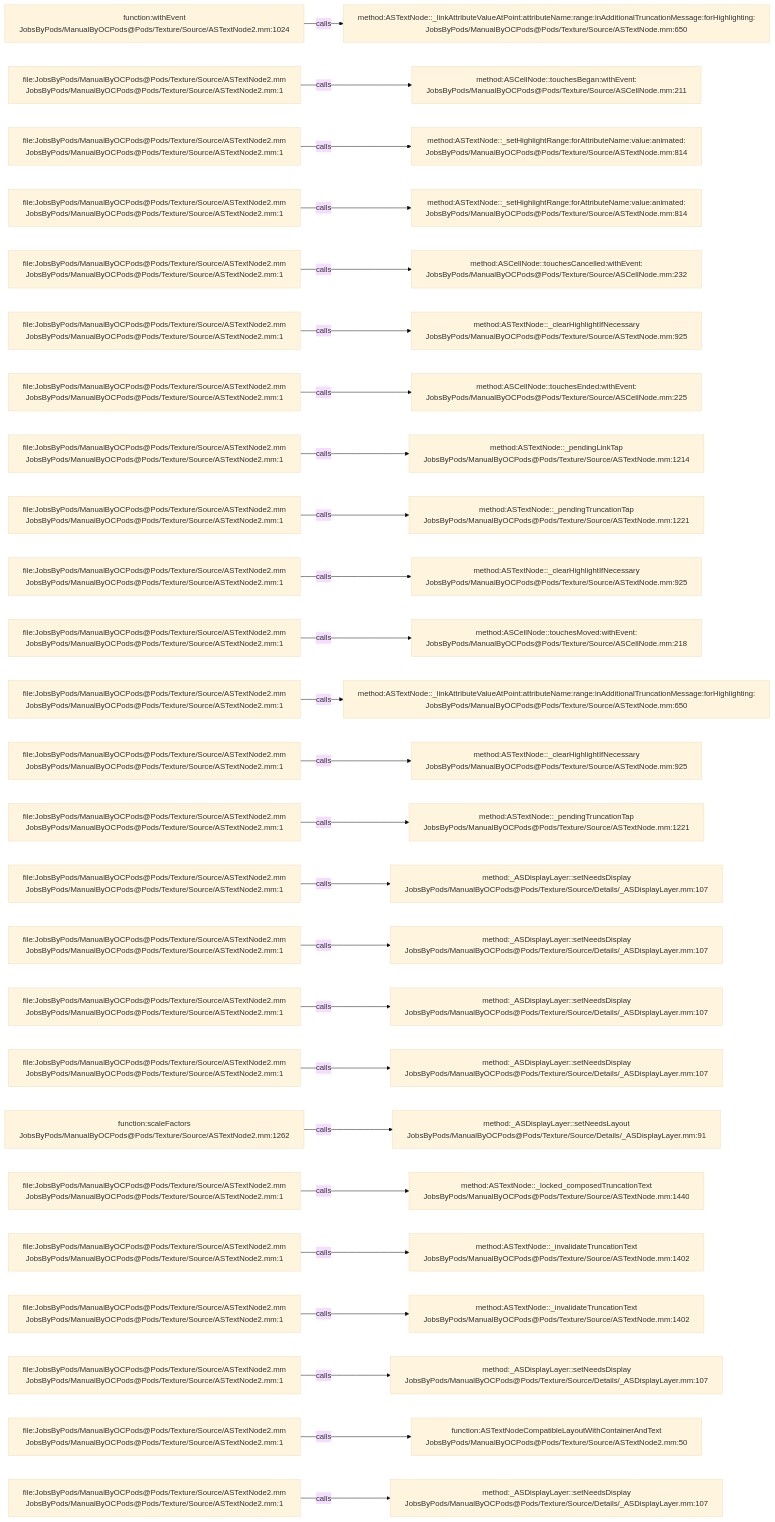
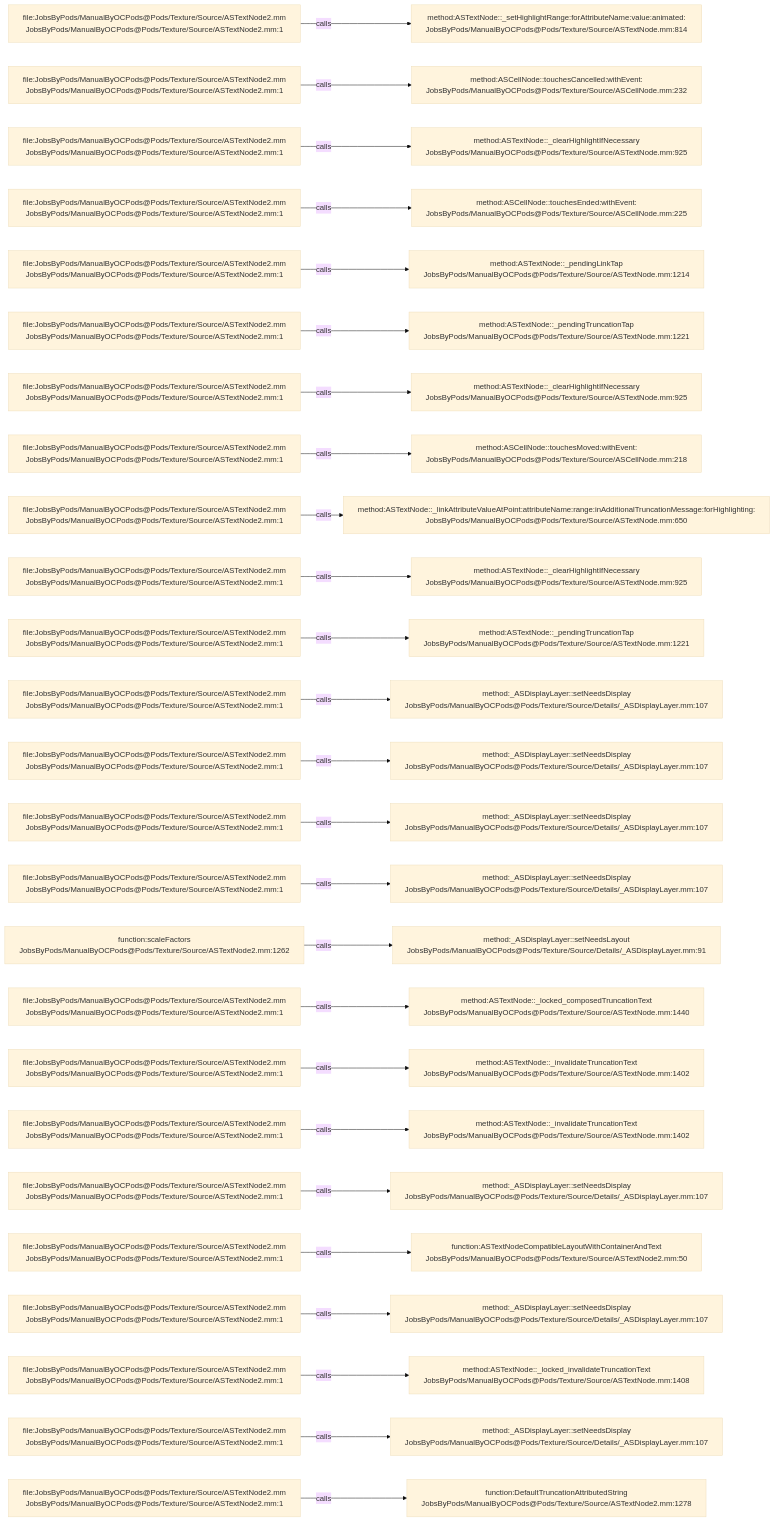
Before and after one commit to JobsKits/JobsOCBaseConfigDemo: the diagram in .codegraph/codegraph.md/graphs/calls-143.md, drawn with Mermaid (base theme). The commit also changed 342 other files, not shown here.

````diff
--- a/.codegraph/codegraph.md/graphs/calls-143.md
+++ b/.codegraph/codegraph.md/graphs/calls-143.md
@@ -13,78 +13,78 @@
 ```mermaid
 flowchart LR
-  S1["function:withEvent<br/>JobsByPods/ManualByOCPods@Pods/Texture/Source/ASTextNode2.mm:1024"]
-  T1["method:ASTextNode::_linkAttributeValueAtPoint:attributeName:range:inAdditionalTruncationMessage:forHighlighting:<br/>JobsByPods/ManualByOCPods@Pods/Texture/Source/ASTextNode.mm:650"]
+  S1["file:JobsByPods/ManualByOCPods@Pods/Texture/Source/ASTextNode2.mm<br/>JobsByPods/ManualByOCPods@Pods/Texture/Source/ASTextNode2.mm:1"]
+  T1["method:ASTextNode::_setHighlightRange:forAttributeName:value:animated:<br/>JobsByPods/ManualByOCPods@Pods/Texture/Source/ASTextNode.mm:814"]
   S1 -->|calls| T1
   S2["file:JobsByPods/ManualByOCPods@Pods/Texture/Source/ASTextNode2.mm<br/>JobsByPods/ManualByOCPods@Pods/Texture/Source/ASTextNode2.mm:1"]
-  T2["method:ASCellNode::touchesBegan:withEvent:<br/>JobsByPods/ManualByOCPods@Pods/Texture/Source/ASCellNode.mm:211"]
+  T2["method:ASCellNode::touchesCancelled:withEvent:<br/>JobsByPods/ManualByOCPods@Pods/Texture/Source/ASCellNode.mm:232"]
   S2 -->|calls| T2
   S3["file:JobsByPods/ManualByOCPods@Pods/Texture/Source/ASTextNode2.mm<br/>JobsByPods/ManualByOCPods@Pods/Texture/Source/ASTextNode2.mm:1"]
-  T3["method:ASTextNode::_setHighlightRange:forAttributeName:value:animated:<br/>JobsByPods/ManualByOCPods@Pods/Texture/Source/ASTextNode.mm:814"]
+  T3["method:ASTextNode::_clearHighlightIfNecessary<br/>JobsByPods/ManualByOCPods@Pods/Texture/Source/ASTextNode.mm:925"]
   S3 -->|calls| T3
   S4["file:JobsByPods/ManualByOCPods@Pods/Texture/Source/ASTextNode2.mm<br/>JobsByPods/ManualByOCPods@Pods/Texture/Source/ASTextNode2.mm:1"]
-  T4["method:ASTextNode::_setHighlightRange:forAttributeName:value:animated:<br/>JobsByPods/ManualByOCPods@Pods/Texture/Source/ASTextNode.mm:814"]
+  T4["method:ASCellNode::touchesEnded:withEvent:<br/>JobsByPods/ManualByOCPods@Pods/Texture/Source/ASCellNode.mm:225"]
   S4 -->|calls| T4
   S5["file:JobsByPods/ManualByOCPods@Pods/Texture/Source/ASTextNode2.mm<br/>JobsByPods/ManualByOCPods@Pods/Texture/Source/ASTextNode2.mm:1"]
-  T5["method:ASCellNode::touchesCancelled:withEvent:<br/>JobsByPods/ManualByOCPods@Pods/Texture/Source/ASCellNode.mm:232"]
+  T5["method:ASTextNode::_pendingLinkTap<br/>JobsByPods/ManualByOCPods@Pods/Texture/Source/ASTextNode.mm:1214"]
   S5 -->|calls| T5
   S6["file:JobsByPods/ManualByOCPods@Pods/Texture/Source/ASTextNode2.mm<br/>JobsByPods/ManualByOCPods@Pods/Texture/Source/ASTextNode2.mm:1"]
-  T6["method:ASTextNode::_clearHighlightIfNecessary<br/>JobsByPods/ManualByOCPods@Pods/Texture/Source/ASTextNode.mm:925"]
+  T6["method:ASTextNode::_pendingTruncationTap<br/>JobsByPods/ManualByOCPods@Pods/Texture/Source/ASTextNode.mm:1221"]
   S6 -->|calls| T6
   S7["file:JobsByPods/ManualByOCPods@Pods/Texture/Source/ASTextNode2.mm<br/>JobsByPods/ManualByOCPods@Pods/Texture/Source/ASTextNode2.mm:1"]
-  T7["method:ASCellNode::touchesEnded:withEvent:<br/>JobsByPods/ManualByOCPods@Pods/Texture/Source/ASCellNode.mm:225"]
+  T7["method:ASTextNode::_clearHighlightIfNecessary<br/>JobsByPods/ManualByOCPods@Pods/Texture/Source/ASTextNode.mm:925"]
   S7 -->|calls| T7
   S8["file:JobsByPods/ManualByOCPods@Pods/Texture/Source/ASTextNode2.mm<br/>JobsByPods/ManualByOCPods@Pods/Texture/Source/ASTextNode2.mm:1"]
-  T8["method:ASTextNode::_pendingLinkTap<br/>JobsByPods/ManualByOCPods@Pods/Texture/Source/ASTextNode.mm:1214"]
+  T8["method:ASCellNode::touchesMoved:withEvent:<br/>JobsByPods/ManualByOCPods@Pods/Texture/Source/ASCellNode.mm:218"]
   S8 -->|calls| T8
   S9["file:JobsByPods/ManualByOCPods@Pods/Texture/Source/ASTextNode2.mm<br/>JobsByPods/ManualByOCPods@Pods/Texture/Source/ASTextNode2.mm:1"]
-  T9["method:ASTextNode::_pendingTruncationTap<br/>JobsByPods/ManualByOCPods@Pods/Texture/Source/ASTextNode.mm:1221"]
+  T9["method:ASTextNode::_linkAttributeValueAtPoint:attributeName:range:inAdditionalTruncationMessage:forHighlighting:<br/>JobsByPods/ManualByOCPods@Pods/Texture/Source/ASTextNode.mm:650"]
   S9 -->|calls| T9
   S10["file:JobsByPods/ManualByOCPods@Pods/Texture/Source/ASTextNode2.mm<br/>JobsByPods/ManualByOCPods@Pods/Texture/Source/ASTextNode2.mm:1"]
   T10["method:ASTextNode::_clearHighlightIfNecessary<br/>JobsByPods/ManualByOCPods@Pods/Texture/Source/ASTextNode.mm:925"]
   S10 -->|calls| T10
   S11["file:JobsByPods/ManualByOCPods@Pods/Texture/Source/ASTextNode2.mm<br/>JobsByPods/ManualByOCPods@Pods/Texture/Source/ASTextNode2.mm:1"]
-  T11["method:ASCellNode::touchesMoved:withEvent:<br/>JobsByPods/ManualByOCPods@Pods/Texture/Source/ASCellNode.mm:218"]
+  T11["method:ASTextNode::_pendingTruncationTap<br/>JobsByPods/ManualByOCPods@Pods/Texture/Source/ASTextNode.mm:1221"]
   S11 -->|calls| T11
   S12["file:JobsByPods/ManualByOCPods@Pods/Texture/Source/ASTextNode2.mm<br/>JobsByPods/ManualByOCPods@Pods/Texture/Source/ASTextNode2.mm:1"]
-  T12["method:ASTextNode::_linkAttributeValueAtPoint:attributeName:range:inAdditionalTruncationMessage:forHighlighting:<br/>JobsByPods/ManualByOCPods@Pods/Texture/Source/ASTextNode.mm:650"]
+  T12["method:_ASDisplayLayer::setNeedsDisplay<br/>JobsByPods/ManualByOCPods@Pods/Texture/Source/Details/_ASDisplayLayer.mm:107"]
   S12 -->|calls| T12
   S13["file:JobsByPods/ManualByOCPods@Pods/Texture/Source/ASTextNode2.mm<br/>JobsByPods/ManualByOCPods@Pods/Texture/Source/ASTextNode2.mm:1"]
-  T13["method:ASTextNode::_clearHighlightIfNecessary<br/>JobsByPods/ManualByOCPods@Pods/Texture/Source/ASTextNode.mm:925"]
+  T13["method:_ASDisplayLayer::setNeedsDisplay<br/>JobsByPods/ManualByOCPods@Pods/Texture/Source/Details/_ASDisplayLayer.mm:107"]
   S13 -->|calls| T13
   S14["file:JobsByPods/ManualByOCPods@Pods/Texture/Source/ASTextNode2.mm<br/>JobsByPods/ManualByOCPods@Pods/Texture/Source/ASTextNode2.mm:1"]
-  T14["method:ASTextNode::_pendingTruncationTap<br/>JobsByPods/ManualByOCPods@Pods/Texture/Source/ASTextNode.mm:1221"]
+  T14["method:_ASDisplayLayer::setNeedsDisplay<br/>JobsByPods/ManualByOCPods@Pods/Texture/Source/Details/_ASDisplayLayer.mm:107"]
   S14 -->|calls| T14
   S15["file:JobsByPods/ManualByOCPods@Pods/Texture/Source/ASTextNode2.mm<br/>JobsByPods/ManualByOCPods@Pods/Texture/Source/ASTextNode2.mm:1"]
   T15["method:_ASDisplayLayer::setNeedsDisplay<br/>JobsByPods/ManualByOCPods@Pods/Texture/Source/Details/_ASDisplayLayer.mm:107"]
   S15 -->|calls| T15
-  S16["file:JobsByPods/ManualByOCPods@Pods/Texture/Source/ASTextNode2.mm<br/>JobsByPods/ManualByOCPods@Pods/Texture/Source/ASTextNode2.mm:1"]
-  T16["method:_ASDisplayLayer::setNeedsDisplay<br/>JobsByPods/ManualByOCPods@Pods/Texture/Source/Details/_ASDisplayLayer.mm:107"]
+  S16["function:scaleFactors<br/>JobsByPods/ManualByOCPods@Pods/Texture/Source/ASTextNode2.mm:1262"]
+  T16["method:_ASDisplayLayer::setNeedsLayout<br/>JobsByPods/ManualByOCPods@Pods/Texture/Source/Details/_ASDisplayLayer.mm:91"]
   S16 -->|calls| T16
   S17["file:JobsByPods/ManualByOCPods@Pods/Texture/Source/ASTextNode2.mm<br/>JobsByPods/ManualByOCPods@Pods/Texture/Source/ASTextNode2.mm:1"]
-  T17["method:_ASDisplayLayer::setNeedsDisplay<br/>JobsByPods/ManualByOCPods@Pods/Texture/Source/Details/_ASDisplayLayer.mm:107"]
+  T17["method:ASTextNode::_locked_composedTruncationText<br/>JobsByPods/ManualByOCPods@Pods/Texture/Source/ASTextNode.mm:1440"]
   S17 -->|calls| T17
   S18["file:JobsByPods/ManualByOCPods@Pods/Texture/Source/ASTextNode2.mm<br/>JobsByPods/ManualByOCPods@Pods/Texture/Source/ASTextNode2.mm:1"]
-  T18["method:_ASDisplayLayer::setNeedsDisplay<br/>JobsByPods/ManualByOCPods@Pods/Texture/Source/Details/_ASDisplayLayer.mm:107"]
+  T18["method:ASTextNode::_invalidateTruncationText<br/>JobsByPods/ManualByOCPods@Pods/Texture/Source/ASTextNode.mm:1402"]
   S18 -->|calls| T18
-  S19["function:scaleFactors<br/>JobsByPods/ManualByOCPods@Pods/Texture/Source/ASTextNode2.mm:1262"]
-  T19["method:_ASDisplayLayer::setNeedsLayout<br/>JobsByPods/ManualByOCPods@Pods/Texture/Source/Details/_ASDisplayLayer.mm:91"]
+  S19["file:JobsByPods/ManualByOCPods@Pods/Texture/Source/ASTextNode2.mm<br/>JobsByPods/ManualByOCPods@Pods/Texture/Source/ASTextNode2.mm:1"]
+  T19["method:ASTextNode::_invalidateTruncationText<br/>JobsByPods/ManualByOCPods@Pods/Texture/Source/ASTextNode.mm:1402"]
   S19 -->|calls| T19
   S20["file:JobsByPods/ManualByOCPods@Pods/Texture/Source/ASTextNode2.mm<br/>JobsByPods/ManualByOCPods@Pods/Texture/Source/ASTextNode2.mm:1"]
-  T20["method:ASTextNode::_locked_composedTruncationText<br/>JobsByPods/ManualByOCPods@Pods/Texture/Source/ASTextNode.mm:1440"]
+  T20["method:_ASDisplayLayer::setNeedsDisplay<br/>JobsByPods/ManualByOCPods@Pods/Texture/Source/Details/_ASDisplayLayer.mm:107"]
   S20 -->|calls| T20
   S21["file:JobsByPods/ManualByOCPods@Pods/Texture/Source/ASTextNode2.mm<br/>JobsByPods/ManualByOCPods@Pods/Texture/Source/ASTextNode2.mm:1"]
-  T21["method:ASTextNode::_invalidateTruncationText<br/>JobsByPods/ManualByOCPods@Pods/Texture/Source/ASTextNode.mm:1402"]
+  T21["function:ASTextNodeCompatibleLayoutWithContainerAndText<br/>JobsByPods/ManualByOCPods@Pods/Texture/Source/ASTextNode2.mm:50"]
   S21 -->|calls| T21
   S22["file:JobsByPods/ManualByOCPods@Pods/Texture/Source/ASTextNode2.mm<br/>JobsByPods/ManualByOCPods@Pods/Texture/Source/ASTextNode2.mm:1"]
-  T22["method:ASTextNode::_invalidateTruncationText<br/>JobsByPods/ManualByOCPods@Pods/Texture/Source/ASTextNode.mm:1402"]
+  T22["method:_ASDisplayLayer::setNeedsDisplay<br/>JobsByPods/ManualByOCPods@Pods/Texture/Source/Details/_ASDisplayLayer.mm:107"]
   S22 -->|calls| T22
   S23["file:JobsByPods/ManualByOCPods@Pods/Texture/Source/ASTextNode2.mm<br/>JobsByPods/ManualByOCPods@Pods/Texture/Source/ASTextNode2.mm:1"]
-  T23["method:_ASDisplayLayer::setNeedsDisplay<br/>JobsByPods/ManualByOCPods@Pods/Texture/Source/Details/_ASDisplayLayer.mm:107"]
+  T23["method:ASTextNode::_locked_invalidateTruncationText<br/>JobsByPods/ManualByOCPods@Pods/Texture/Source/ASTextNode.mm:1408"]
   S23 -->|calls| T23
   S24["file:JobsByPods/ManualByOCPods@Pods/Texture/Source/ASTextNode2.mm<br/>JobsByPods/ManualByOCPods@Pods/Texture/Source/ASTextNode2.mm:1"]
-  T24["function:ASTextNodeCompatibleLayoutWithContainerAndText<br/>JobsByPods/ManualByOCPods@Pods/Texture/Source/ASTextNode2.mm:50"]
+  T24["method:_ASDisplayLayer::setNeedsDisplay<br/>JobsByPods/ManualByOCPods@Pods/Texture/Source/Details/_ASDisplayLayer.mm:107"]
   S24 -->|calls| T24
   S25["file:JobsByPods/ManualByOCPods@Pods/Texture/Source/ASTextNode2.mm<br/>JobsByPods/ManualByOCPods@Pods/Texture/Source/ASTextNode2.mm:1"]
-  T25["method:_ASDisplayLayer::setNeedsDisplay<br/>JobsByPods/ManualByOCPods@Pods/Texture/Source/Details/_ASDisplayLayer.mm:107"]
+  T25["function:DefaultTruncationAttributedString<br/>JobsByPods/ManualByOCPods@Pods/Texture/Source/ASTextNode2.mm:1278"]
   S25 -->|calls| T25
 ```
````
